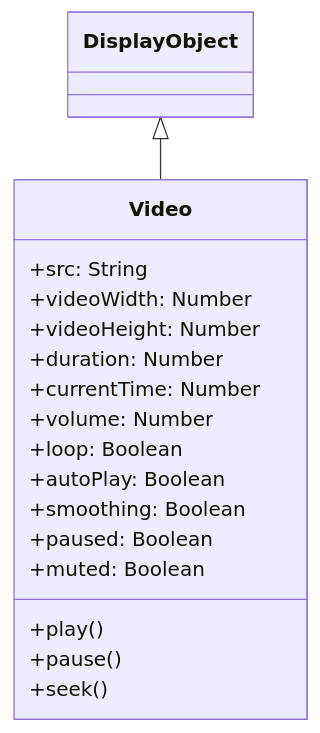
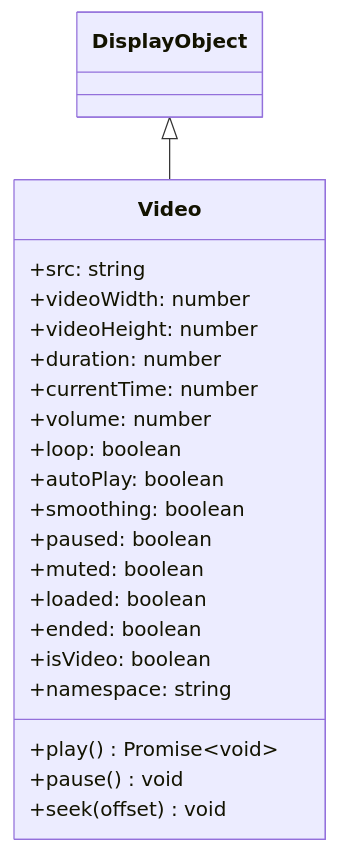
One commit to Next2D/player changed the diagram in specs/ja/video.md. Above: the diagram before and after it, drawn with Mermaid. The commit also changed other lines of this file and 15 other files, not shown here.

````diff
--- a/specs/ja/video.md
+++ b/specs/ja/video.md
@@ -7,21 +7,25 @@
 ```mermaid
 classDiagram
     DisplayObject <|-- Video
 
     class Video {
-        +src: String
-        +videoWidth: Number
-        +videoHeight: Number
-        +duration: Number
-        +currentTime: Number
-        +volume: Number
-        +loop: Boolean
-        +autoPlay: Boolean
-        +smoothing: Boolean
-        +paused: Boolean
-        +muted: Boolean
-        +play()
-        +pause()
-        +seek()
+        +src: string
+        +videoWidth: number
+        +videoHeight: number
+        +duration: number
+        +currentTime: number
+        +volume: number
+        +loop: boolean
+        +autoPlay: boolean
+        +smoothing: boolean
+        +paused: boolean
+        +muted: boolean
+        +loaded: boolean
+        +ended: boolean
+        +isVideo: boolean
+        +namespace: string
+        +play() Promise~void~
+        +pause() void
+        +seek(offset) void
     }
 ```
````
